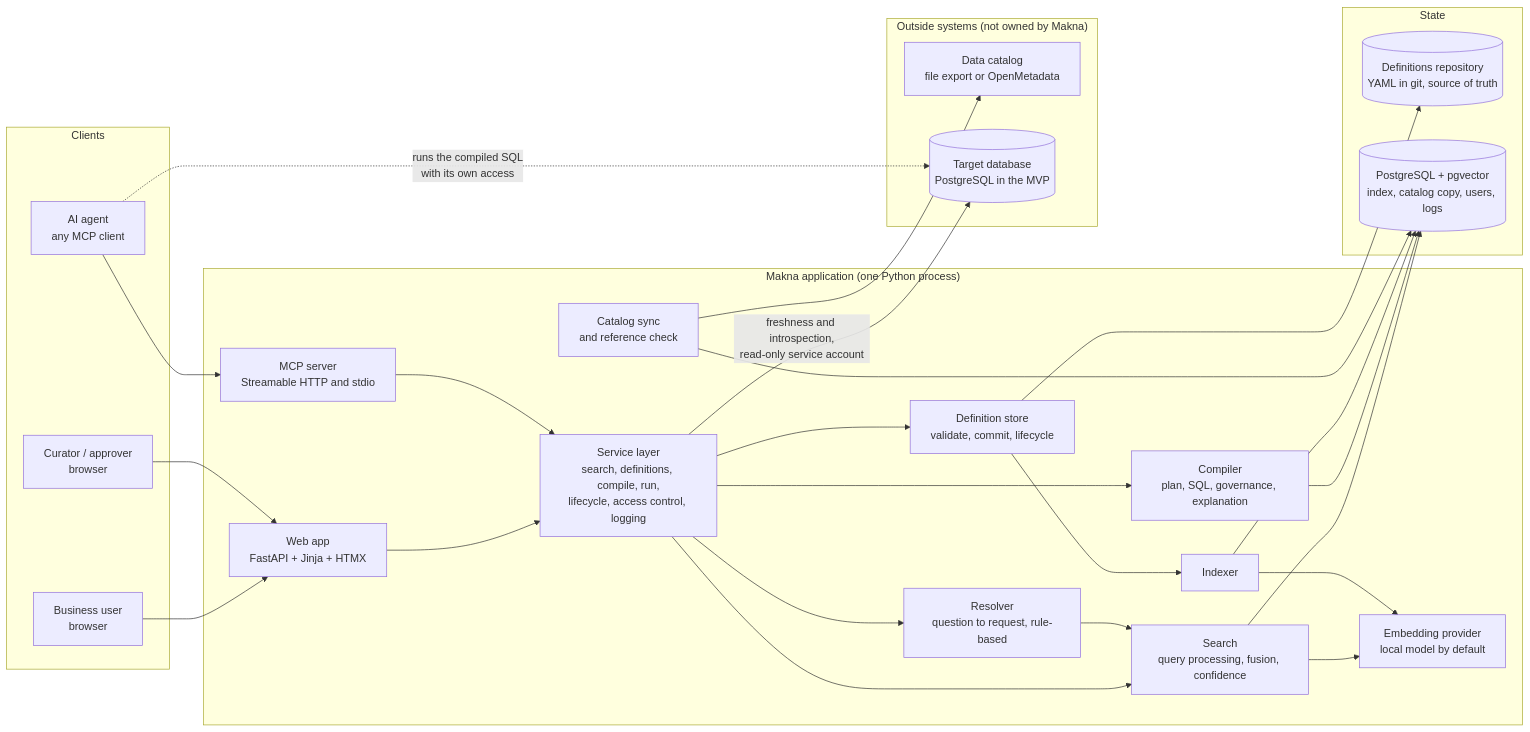
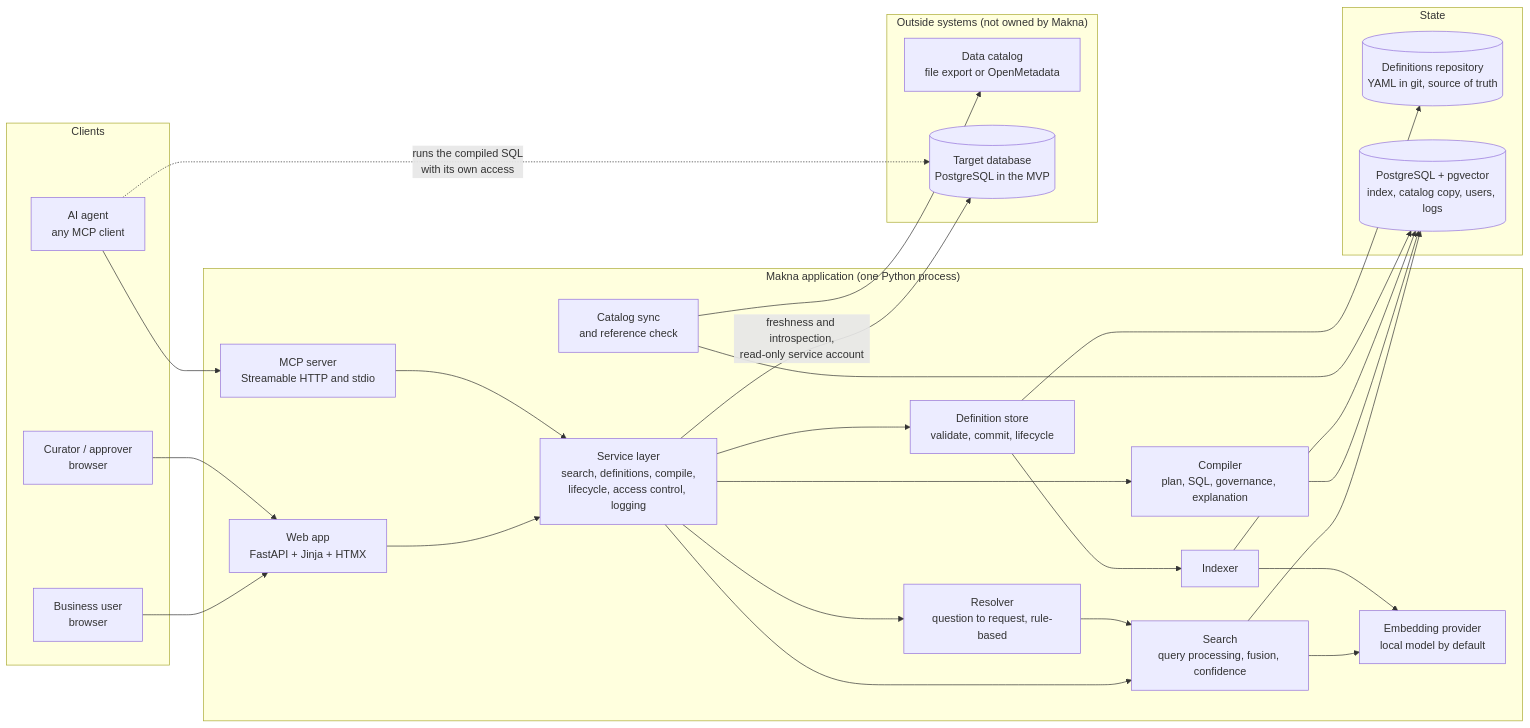
One commit to saifulrijal-ds/makna changed the diagram in docs/ARCHITECTURE.md. Above: the diagram before and after it, drawn with Mermaid. The commit also changed 3 other files, not shown here.

First line of the commit message:
Align settings with the architecture: fastembed default, self-approval flag, full .env.example (NFR-4)

````diff
--- a/docs/ARCHITECTURE.md
+++ b/docs/ARCHITECTURE.md
@@ -29,48 +29,48 @@
 ```mermaid
 flowchart LR
   subgraph Clients
     BU[Business user<br/>browser]
     CU[Curator / approver<br/>browser]
     AG[AI agent<br/>any MCP client]
   end
 
   subgraph Makna["Makna application (one Python process)"]
     WEB[Web app<br/>FastAPI + Jinja + HTMX]
     MCP[MCP server<br/>Streamable HTTP and stdio]
-    SVC[Service layer<br/>search, definitions, compile, run,<br/>lifecycle, access control, logging]
+    SVC[Service layer<br/>search, definitions, compile,<br/>lifecycle, access control, logging]
     SEARCH[Search<br/>query processing, fusion, confidence]
     EMB[Embedding provider<br/>local model by default]
     COMP[Compiler<br/>plan, SQL, governance, explanation]
     RES[Resolver<br/>question to request, rule-based]
     STORE[Definition store<br/>validate, commit, lifecycle]
     IDX[Indexer]
     SYNC[Catalog sync<br/>and reference check]
   end
 
   subgraph State
     GIT[(Definitions repository<br/>YAML in git, source of truth)]
     PG[(PostgreSQL + pgvector<br/>index, catalog copy, users, logs)]
   end
 
   subgraph Outside["Outside systems (not owned by Makna)"]
     CAT[Data catalog<br/>file export or OpenMetadata]
     ENG[(Target database<br/>PostgreSQL in the MVP)]
   end
 
   BU --> WEB
   CU --> WEB
   AG --> MCP
   WEB --> SVC
   MCP --> SVC
   SVC --> SEARCH --> PG
   SEARCH --> EMB
   SVC --> RES --> SEARCH
   SVC --> COMP --> PG
   SVC --> STORE --> GIT
   STORE --> IDX --> PG
   IDX --> EMB
   SYNC --> CAT
   SYNC --> PG
   SVC -- "freshness and introspection,<br/>read-only service account" --> ENG
   AG -. "runs the compiled SQL<br/>with its own access" .-> ENG
 ```
````
